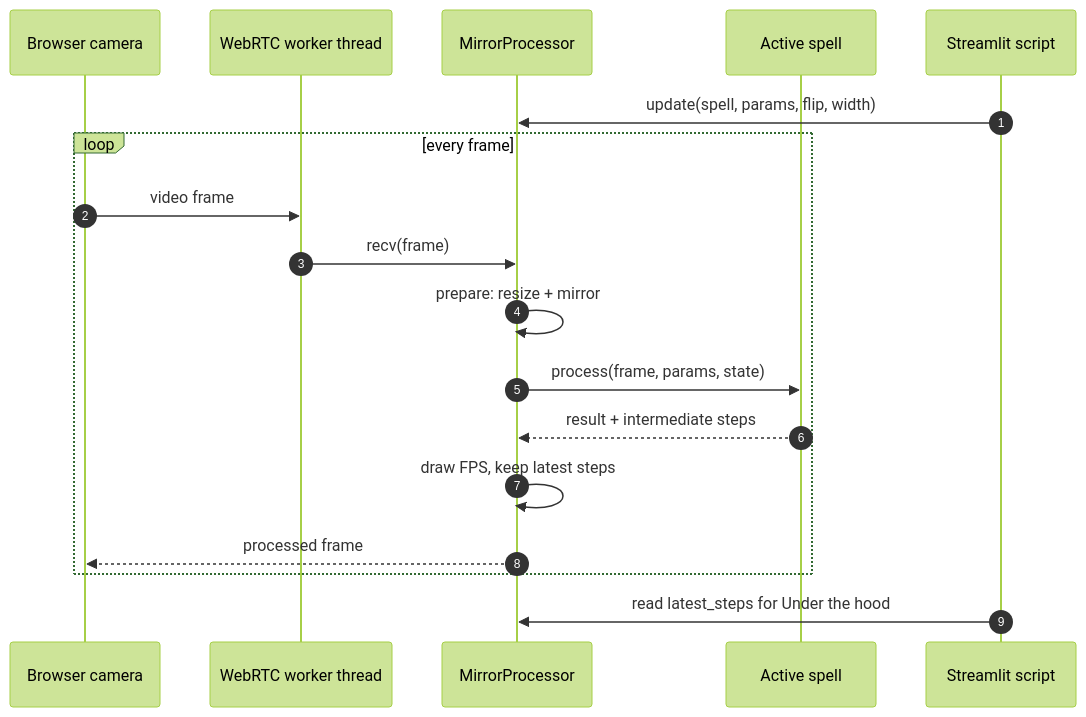
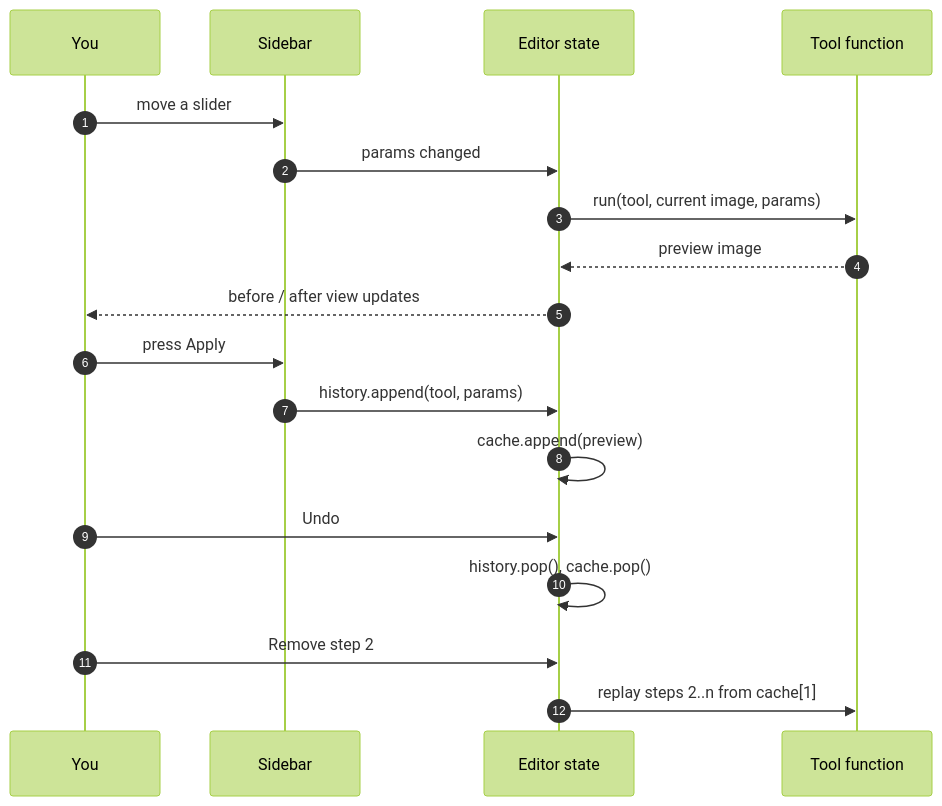
The fifth of 7 diagrams in README.md (Hagar-Ghazi/magic-mirror), drawn with Mermaid (forest theme) before and after one commit. The commit also changed other lines of this file and 81 other files, not shown here.

````diff
--- a/README.md
+++ b/README.md
@@ -162,21 +323,21 @@
 ```mermaid
 sequenceDiagram
     autonumber
-    participant B as Browser camera
-    participant W as WebRTC worker thread
-    participant M as MirrorProcessor
-    participant S as Active spell
-    participant UI as Streamlit script
+    participant U as You
+    participant S as Sidebar
+    participant E as Editor state
+    participant T as Tool function
 
-    UI->>M: update(spell, params, flip, width)
-    loop every frame
-        B->>W: video frame
-        W->>M: recv(frame)
-        M->>M: prepare: resize + mirror
-        M->>S: process(frame, params, state)
-        S-->>M: result + intermediate steps
-        M->>M: draw FPS, keep latest steps
-        M-->>B: processed frame
-    end
-    UI->>M: read latest_steps for Under the hood
+    U->>S: move a slider
+    S->>E: params changed
+    E->>T: run(tool, current image, params)
+    T-->>E: preview image
+    E-->>U: before / after view updates
+    U->>S: press Apply
+    S->>E: history.append(tool, params)
+    E->>E: cache.append(preview)
+    U->>E: Undo
+    E->>E: history.pop(), cache.pop()
+    U->>E: Remove step 2
+    E->>T: replay steps 2..n from cache[1]
 ```
````
